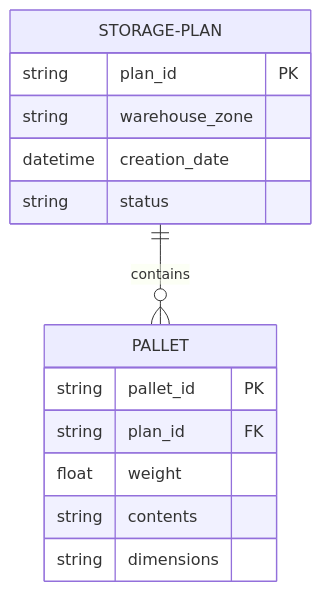
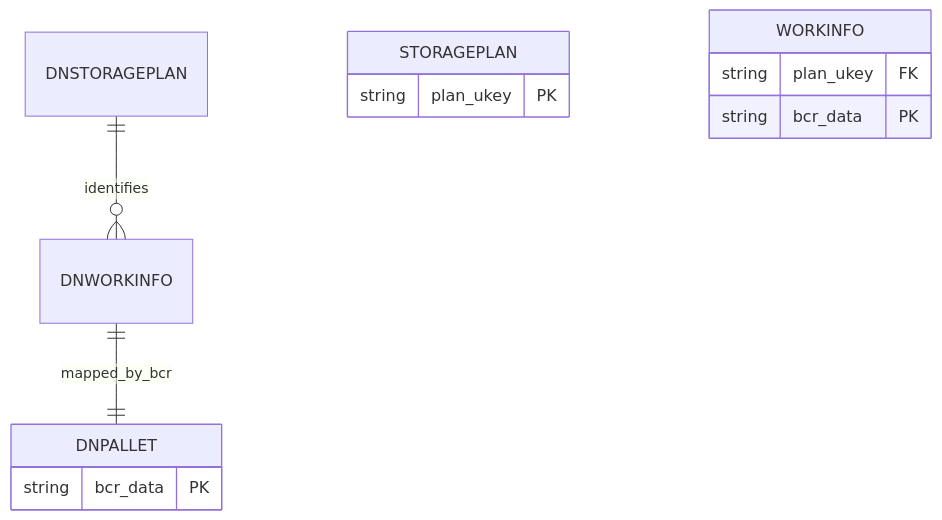
The third of 12 diagrams in Basic-Design/DFD-WMS/Storage/Planned-Storage-Packaging-Material.md (luthfiadityaa/SimeDarby-Wiki), drawn with Mermaid before and after one commit.

Commit message:
Updated Planned Storage Packaging Material

```diff
--- a/Basic-Design/DFD-WMS/Storage/Planned-Storage-Packaging-Material.md
+++ b/Basic-Design/DFD-WMS/Storage/Planned-Storage-Packaging-Material.md
@@ -154,20 +154,19 @@
 ::: mermaid
 erDiagram
-    STORAGE-PLAN ||--o{ PALLET : "contains"
-    
-    STORAGE-PLAN {
-        string plan_id PK
-        string warehouse_zone
-        datetime creation_date
-        string status
+    DNSTORAGEPLAN ||--o{ DNWORKINFO : "identifies"
+    DNWORKINFO ||--|| DNPALLET : "mapped_by_bcr"
+
+    STORAGEPLAN {
+        string plan_ukey PK
     }
 
-    PALLET {
-        string pallet_id PK
-        string plan_id FK
-        float weight
-        string contents
-        string dimensions
+    WORKINFO {
+        string plan_ukey FK
+        string bcr_data PK
+    }
+
+    DNPALLET {
+        string bcr_data PK
     }
 	
 :::
```
